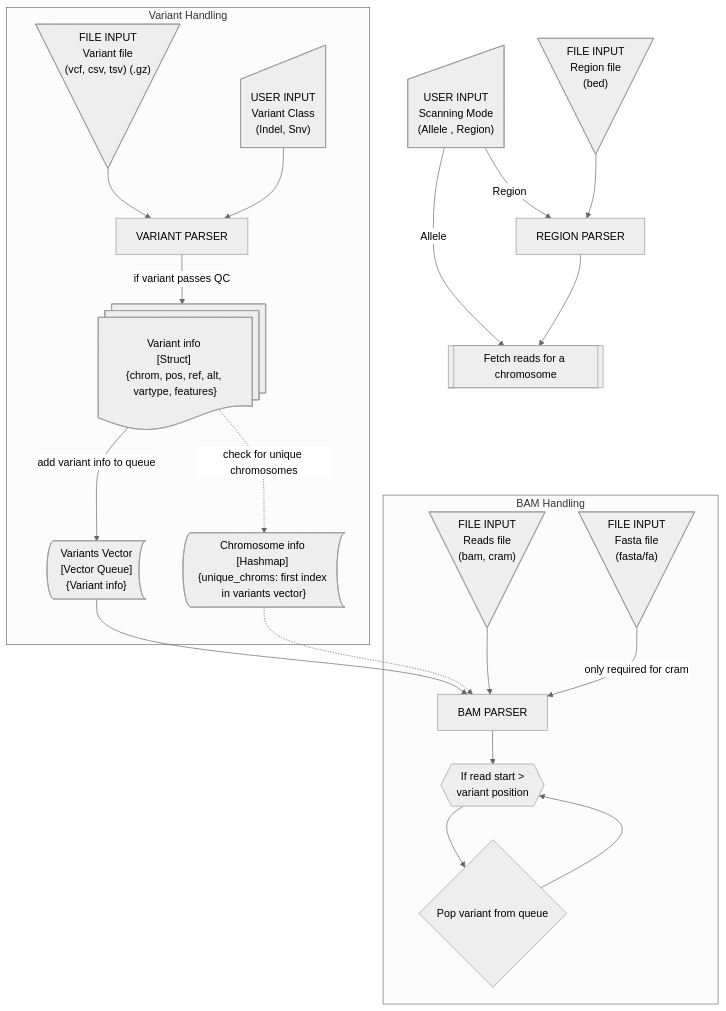
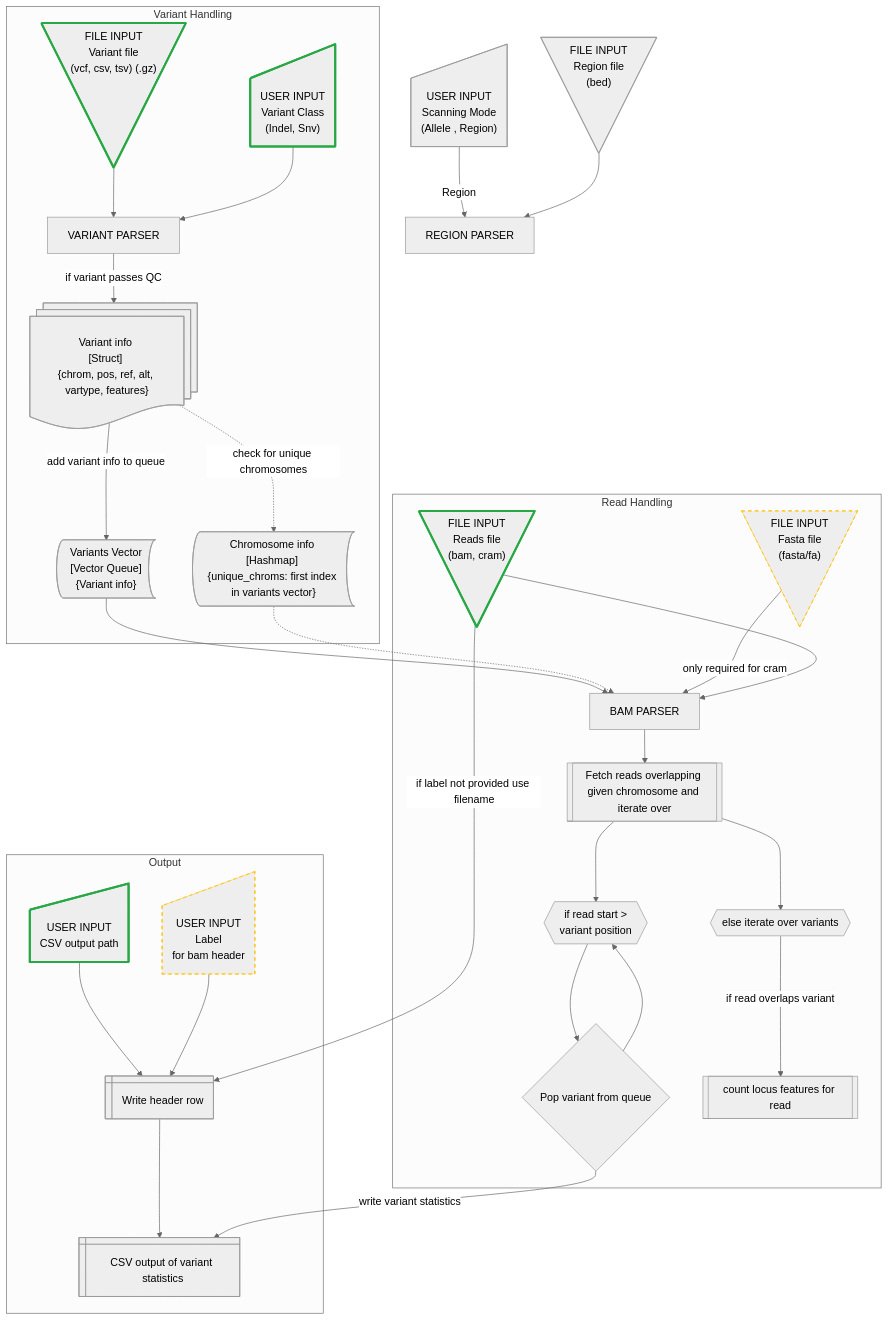
Before and after one commit to jchchiu/rust-varlap: the first of 2 diagrams in docs/flowchart.md, drawn with Mermaid (neutral theme). The commit also changed other lines of this file and 10 other files, not shown here.

````diff
--- a/docs/flowchart.md
+++ b/docs/flowchart.md
@@ -1,39 +1,61 @@
 ```mermaid
 flowchart TD
+
+    %% Define CSS classes for styling
+    classDef required stroke:#28a745,stroke-width:3px;
+    classDef optional stroke:#ffc107,stroke-width:1px,stroke-dasharray: 5 5;
+
+    %% VARIANTS
     subgraph Variant Handling
 
-    var_file@{ shape: manual-file, label: "FILE INPUT \n Variant file \n (vcf, csv, tsv) (.gz)"}
+    var_file:::required@{ shape: manual-file, label: "FILE INPUT \n Variant file \n (vcf, csv, tsv) (.gz)"}
 
     var_file --> var_parse@{ shape: rect, label: "VARIANT PARSER" }
-    var_class@{ shape: manual-input, label: "USER INPUT \n Variant Class \n (Indel, Snv)"} --> var_parse
+    var_class:::required@{ shape: manual-input, label: "USER INPUT \n Variant Class \n (Indel, Snv)"} --> var_parse
     var_parse -->|if variant passes QC| variants@{ shape: docs, label: "Variant info \n [Struct] \n {chrom, pos, ref, alt, vartype, features}" }
     variants -.->|check for unique chromosomes| chrom_unique@{ shape: bow-rect, label: "Chromosome info \n [Hashmap] \n {unique_chroms: first index in variants vector}" }
     variants -- add variant info to queue--> var_queue@{ shape: bow-rect, label: "Variants Vector \n [Vector Queue] \n {Variant info}" }
 
     end
 
-    subgraph BAM Handling
+    %% TO BE IMPLEMENTED (SCANNING MODE)
+    scanning_mode@{ shape: manual-input, label: "USER INPUT \n Scanning Mode \n (Allele , Region)"} -- Region --> region_parse@{ shape: rect, label: "REGION PARSER" }
+    bed_file@{ shape: manual-file, label: "FILE INPUT \n Region file \n (bed)"}
+    bed_file --> region_parse
+
+    %% OUTPUT
+    subgraph Output
+
+    csv_filename:::required@{ shape: manual-input, label: "USER INPUT \n CSV output path" } --> write_header@{ shape: win-pane, label: "Write header row" }
+    label:::optional@{ shape: manual-input, label: "USER INPUT \n Label \n for bam header "}
+    write_header --> variant_output@{ shape: win-pane, label: "CSV output of variant statistics" }
+    label --> write_header
+
+    end
+
+    %% READS
+    
+    subgraph Read Handling
 
     var_queue --> bam_parse@{ shape: rect, label: "BAM PARSER"}
     chrom_unique -.-> bam_parse
     var_class@{ shape: manual-input, label: "USER INPUT \n Variant Class \n (Indel, Snv)"}
 
-    reads_file@{ shape: manual-file, label: "FILE INPUT \n Reads file \n (bam, cram)"}
-    fasta_file@{ shape: manual-file, label: "FILE INPUT \n Fasta file \n (fasta/fa)"}
+    reads_file:::required@{ shape: manual-file, label: "FILE INPUT \n Reads file \n (bam, cram)"}
+    fasta_file:::optional@{ shape: manual-file, label: "FILE INPUT \n Fasta file \n (fasta/fa)"}
 
+    fasta_file -->|only required for cram| bam_parse
     reads_file --> bam_parse
-    fasta_file -->|only required for cram| bam_parse
-    bam_parse --> variant_conditional@{ shape: hex, label: "If read start > \n variant position" }
+    bam_parse --> fetch_reads@{shape: subproc, label: "Fetch reads overlapping given chromosome and iterate over" }
+    fetch_reads --> variant_conditional@{ shape: hex, label: "if read start > \n variant position" }
     variant_conditional --> remove_variant@{ shape: diamond, label: "Pop variant from queue" }
     remove_variant --> variant_conditional
+    fetch_reads --> variant_iter@{ shape: hex, label: "else iterate over variants" }
+    variant_iter -->|if read overlaps variant| count_features@{ shape: subproc, label: "count locus features for read" }
 
     end
 
-
-    scanning_mode@{ shape: manual-input, label: "USER INPUT \n Scanning Mode \n (Allele , Region)"} -- Region --> region_parse@{ shape: rect, label: "REGION PARSER" }
-    bed_file@{ shape: manual-file, label: "FILE INPUT \n Region file \n (bed)"}
-    bed_file --> region_parse
-    scanning_mode -- Allele --> fetch_reads@{ shape: subproc, label: "Fetch reads for a chromosome"}
-    region_parse --> fetch_reads
+    reads_file -->|if label not provided use filename| write_header
+    remove_variant -->|write variant statistics| variant_output
 
 ```
````
